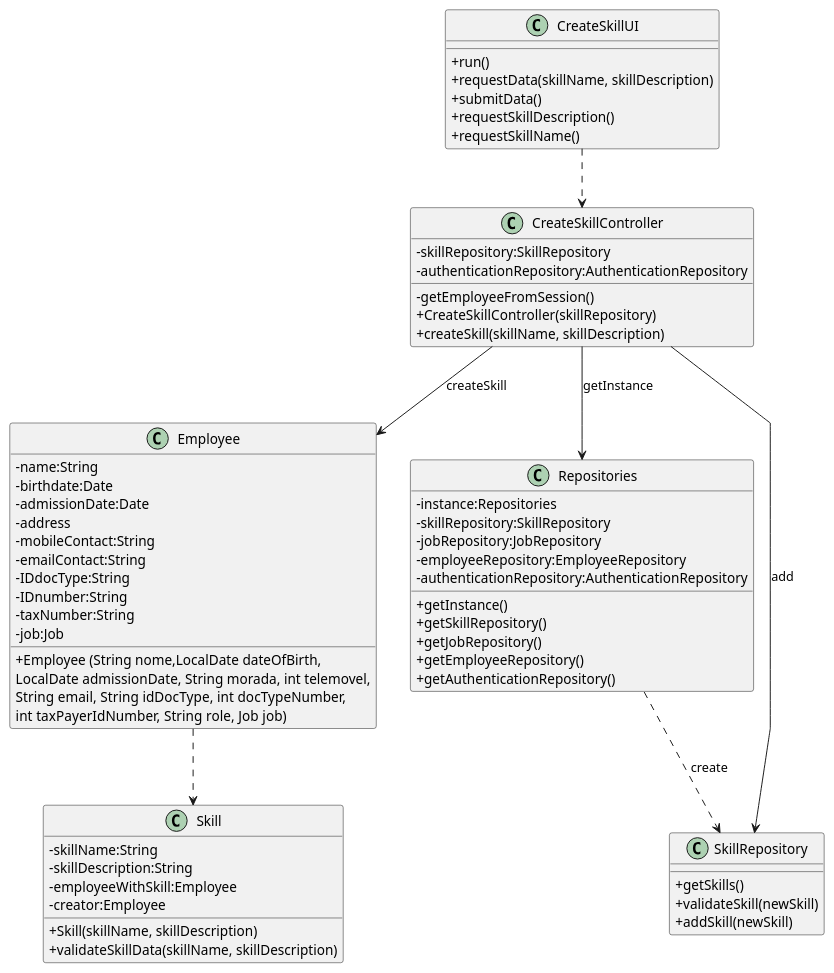
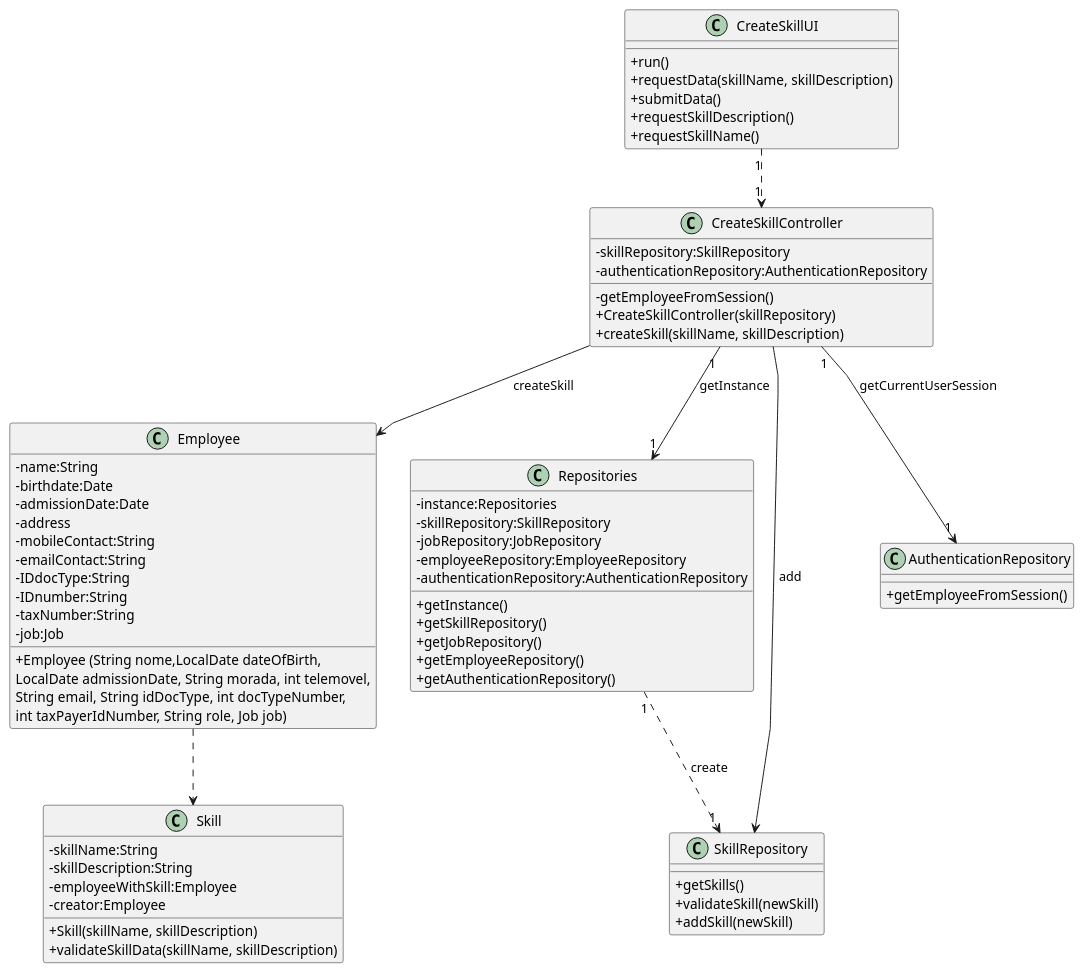
Before and after one commit to Paulo-Pereira-at-ISEP/lei-24-s2-1nanb-g321: the diagram in docs/sprintB/us01/03.design/puml/us01-class-diagram.puml, drawn with PlantUML. The commit also changed 7 other files, not shown here.

Commit message:
LGGPM-115 - US01 - Design - Sequence diagram update (svg)

```diff
--- a/docs/sprintB/us01/03.design/puml/us01-class-diagram.puml
+++ b/docs/sprintB/us01/03.design/puml/us01-class-diagram.puml
@@ -1,90 +1,97 @@
 @startuml
 'skinparam monochrome true
 skinparam packageStyle rectangle
 skinparam shadowing false
 skinparam linetype polyline
 'skinparam linetype orto
 
 skinparam classAttributeIconSize 0
 
 'left to right direction
 
 class CreateSkillController {
     -skillRepository:SkillRepository
     -authenticationRepository:AuthenticationRepository
 
 
     -getEmployeeFromSession()
     + CreateSkillController(skillRepository)
     + createSkill(skillName, skillDescription)
 
 }
 
 
 class CreateSkillUI {
     +run()
     +requestData(skillName, skillDescription)
     +submitData()
     +requestSkillDescription()
     +requestSkillName()
 }
 
 
 class Employee{
     -name:String
     -birthdate:Date
     -admissionDate:Date
     -address
     -mobileContact:String
     -emailContact:String
     -IDdocType:String
     -IDnumber:String
     -taxNumber:String
     -job:Job
 
     +Employee (String nome,LocalDate dateOfBirth,\nLocalDate admissionDate, String morada, int telemovel,\nString email, String idDocType, int docTypeNumber,\nint taxPayerIdNumber, String role, Job job)
 }
 
 class Repositories{
     - instance:Repositories
     - skillRepository:SkillRepository
     - jobRepository:JobRepository
     - employeeRepository:EmployeeRepository
     -authenticationRepository:AuthenticationRepository
 
 
     + getInstance()
     + getSkillRepository()
     + getJobRepository()
     + getEmployeeRepository()
     + getAuthenticationRepository()
 }
 
 class SkillRepository{
     + getSkills()
     + validateSkill(newSkill)
     + addSkill(newSkill)
 }
 
+class AuthenticationRepository{
+    + getEmployeeFromSession()
+}
+
 class Skill {
     -skillName:String
     -skillDescription:String
     -employeeWithSkill:Employee
     -creator:Employee
 
     +Skill(skillName, skillDescription)
     +validateSkillData(skillName, skillDescription)
 }
 
-CreateSkillUI ..> CreateSkillController
-CreateSkillController -->  Repositories : getInstance
-Repositories ..> SkillRepository : create
+CreateSkillUI "1" ..> "1" CreateSkillController
+
+CreateSkillController "1" --> "1" Repositories : getInstance
+
+Repositories "1" ..> "1" SkillRepository : create
 
 CreateSkillController --> Employee : createSkill
+CreateSkillController "1" --> "1" AuthenticationRepository : getCurrentUserSession
 
 Employee ..>Skill
 
 CreateSkillController --> SkillRepository: add
 
 
 @enduml
```
